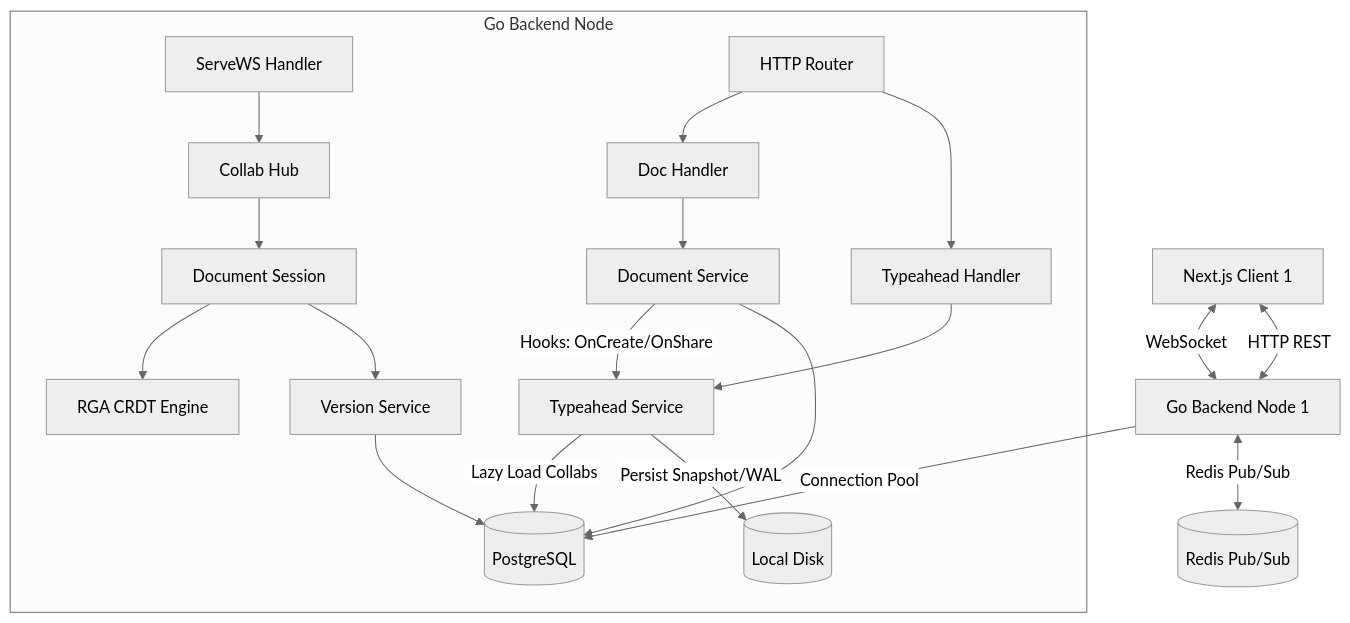
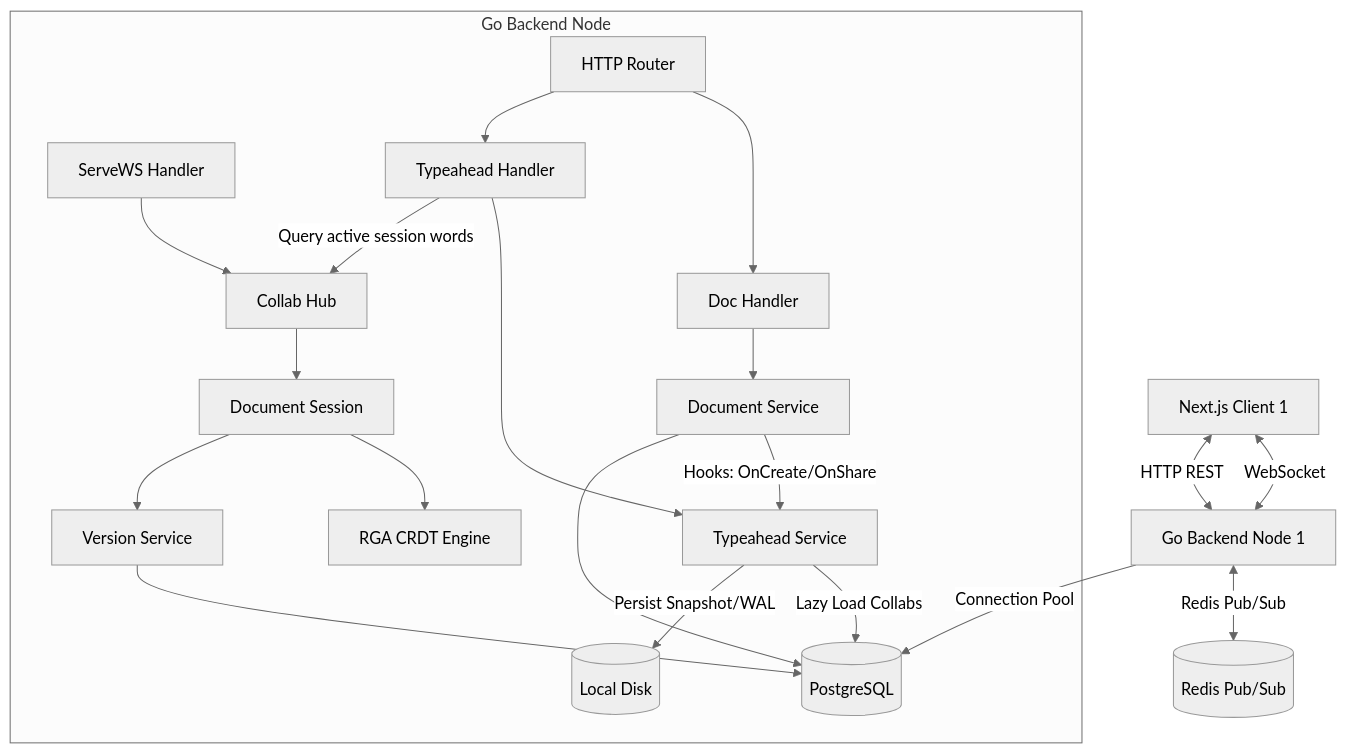
The first of 2 diagrams in README.md (jhanvi857/DocStream), drawn with Mermaid (neutral theme) before and after one commit. The commit also changed other lines of this file and 9 other files, not shown here.

````diff
--- a/README.md
+++ b/README.md
@@ -11,27 +11,28 @@
 ```mermaid
 flowchart TD
     Client1[Next.js Client 1] <-->|WebSocket| Node1[Go Backend Node 1]
     Client1 <-->|HTTP REST| Node1
     
     Node1 <-->|Redis Pub/Sub| RedisBroker[(Redis Pub/Sub)]
     Node1 -->|Connection Pool| DB[(PostgreSQL)]
     
     subgraph Go Backend Node
         WS[ServeWS Handler] --> Hub[Collab Hub]
         Hub --> Session[Document Session]
         Session --> CRDT[RGA CRDT Engine]
         Session --> Version[Version Service]
         Version --> DB
         
         Router[HTTP Router] --> DocHandler[Doc Handler]
         Router --> TypeaheadHandler[Typeahead Handler]
         
         DocHandler --> DocService[Document Service]
         TypeaheadHandler --> TypeaheadService[Typeahead Service]
+        TypeaheadHandler -->|Query active session words| Hub
         
         DocService -->|Hooks: OnCreate/OnShare| TypeaheadService
         TypeaheadService -->|Lazy Load Collabs| DB
         TypeaheadService -->|Persist Snapshot/WAL| Disk[(Local Disk)]
         DocService --> DB
     end
 ```
````
